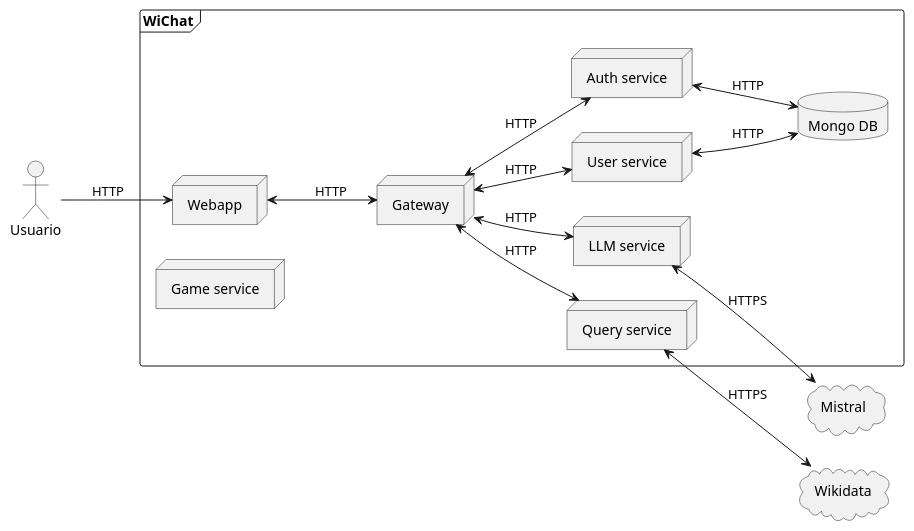
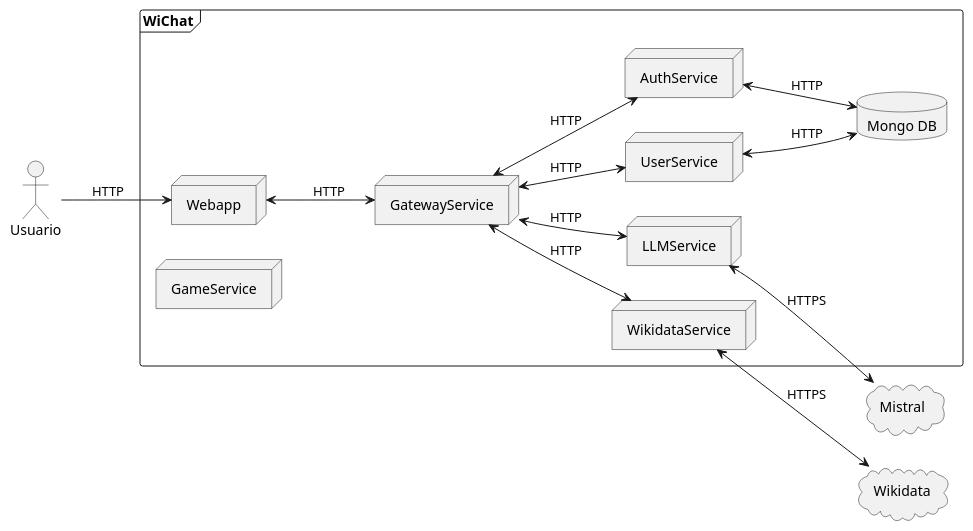
Before and after one commit to Arquisoft/wichat_es5b: the second of 2 diagrams in docs/src/03_context_and_scope.adoc, drawn with PlantUML. The commit also changed other lines of this file and 1 other file, not shown here.

Commit message:
Documenatción: cambiados nombres de elementos de los diagramas

```diff
--- a/docs/src/03_context_and_scope.adoc
+++ b/docs/src/03_context_and_scope.adoc
@@ -113,44 +113,44 @@
 [plantuml,"Contexto tecnico",png]
 ----
 @startuml
 skinparam monochrome true
 left to right direction
 
 actor "Usuario"
 
 frame WiChat {
     node "Webapp"
 
-    node "Gateway"
+    node "GatewayService"
 
-    node "User service"
+    node "UserService"
 
-    node "Auth service"
+    node "AuthService"
 
-    node "LLM service"
+    node "LLMService"
 
-    node "Query service"
+    node "WikidataService"
 
-    node "Game service"
+    node "GameService"
 
     database "Mongo DB"
 }
 
 cloud "Wikidata"
 
 cloud "Mistral"
 
 "Usuario" --> "Webapp" : HTTP
-"Webapp" <--> "Gateway" : HTTP
-"Gateway" <--> "User service" : HTTP
-"Gateway" <--> "Auth service" : HTTP
-"Gateway" <--> "LLM service" : HTTP
-"Gateway" <--> "Query service" : HTTP
-"User service" <--> "Mongo DB" : HTTP
-"Auth service" <--> "Mongo DB" : HTTP
-"LLM service" <--> "Mistral" : HTTPS
-"Query service" <--> "Wikidata" : HTTPS
+"Webapp" <--> "GatewayService" : HTTP
+"GatewayService" <--> "UserService" : HTTP
+"GatewayService" <--> "AuthService" : HTTP
+"GatewayService" <--> "LLMService" : HTTP
+"GatewayService" <--> "WikidataService" : HTTP
+"UserService" <--> "Mongo DB" : HTTP
+"AuthService" <--> "Mongo DB" : HTTP
+"LLMService" <--> "Mistral" : HTTPS
+"WikidataService" <--> "Wikidata" : HTTPS
 
 
 @enduml
 ----
```
